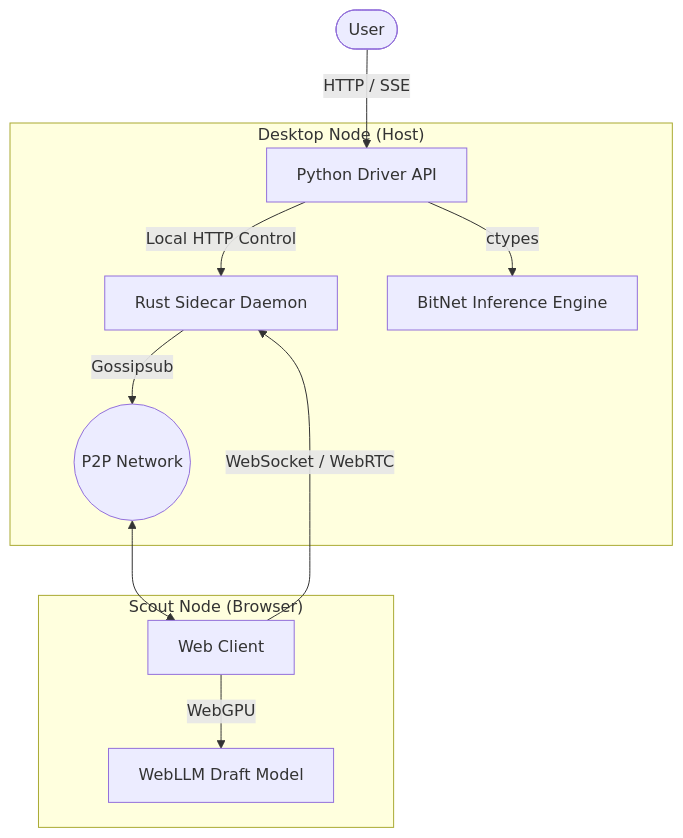
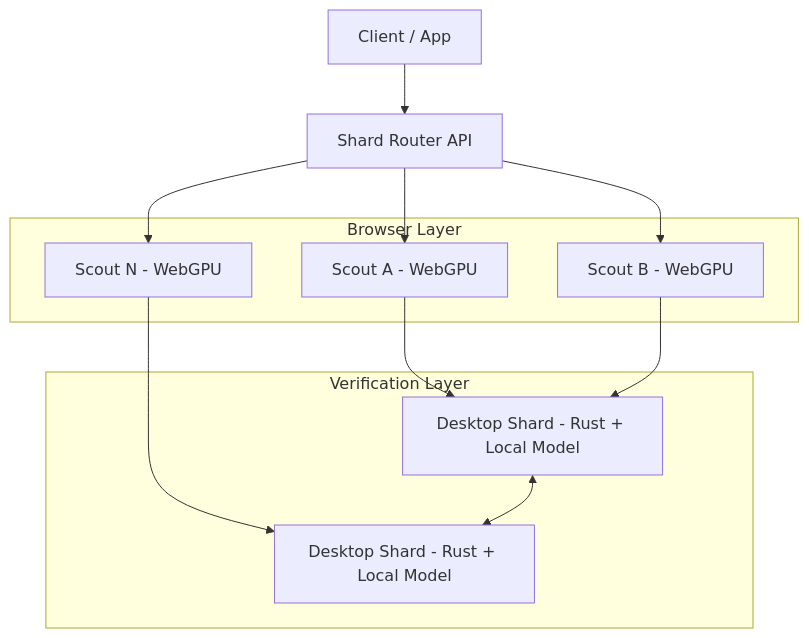
The diagram in README.md (TrentPierce/Shard), drawn with Mermaid before and after one commit. The commit also changed other lines of this file, not shown here.

````diff
--- a/README.md
+++ b/README.md
@@ -40,17 +54,23 @@
 ```mermaid
 graph TD
-    User([User]) -->|HTTP / SSE| PythonAPI[Python Driver API]
-    
-    subgraph "Desktop Node (Host)"
-        PythonAPI -->|Local HTTP Control| RustDaemon[Rust Sidecar Daemon]
-        PythonAPI -->|ctypes| BitNet[BitNet Inference Engine]
-        RustDaemon -->|Gossipsub| P2P((P2P Network))
+    U[Client / App] --> API[Shard Router API]
+
+    subgraph Browser Layer
+      S1[Scout A - WebGPU]
+      S2[Scout B - WebGPU]
+      S3[Scout N - WebGPU]
     end
-    
-    subgraph "Scout Node (Browser)"
-        WebClient[Web Client] -->|WebSocket / WebRTC| RustDaemon
-        WebClient -->|WebGPU| WebLLM[WebLLM Draft Model]
+
+    subgraph Verification Layer
+      D1[Desktop Shard - Rust + Local Model]
+      D2[Desktop Shard - Rust + Local Model]
     end
-    
-    P2P <--> WebClient
+
+    API --> S1
+    API --> S2
+    API --> S3
+    S1 --> D1
+    S2 --> D1
+    S3 --> D2
+    D1 <--> D2
 ```
````
